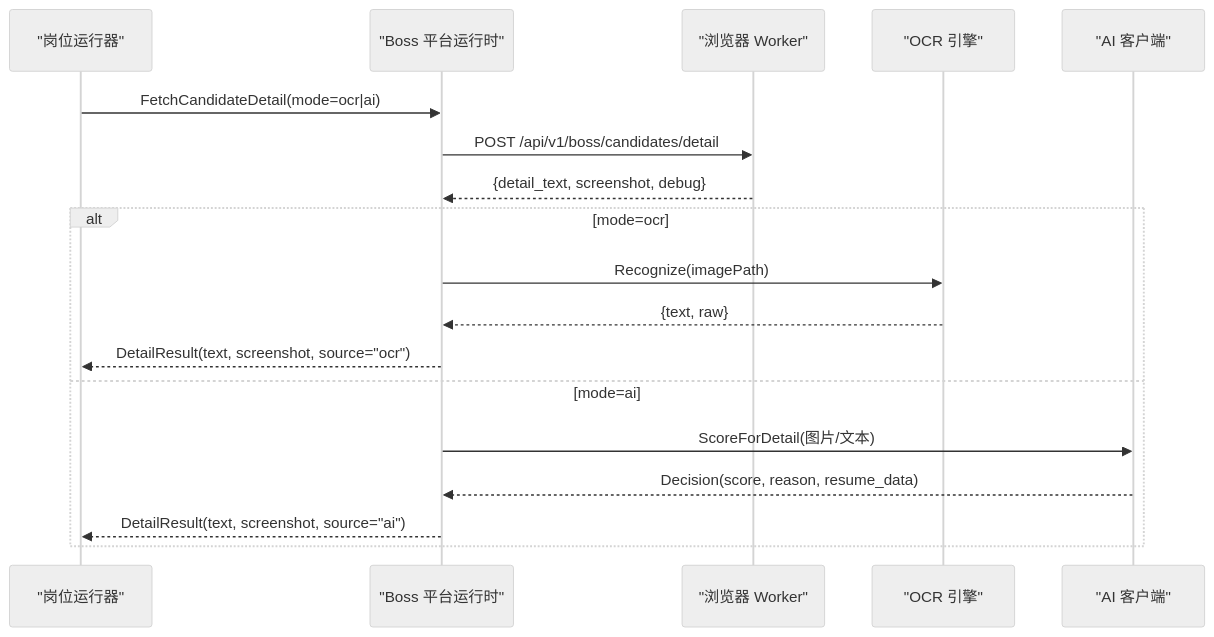
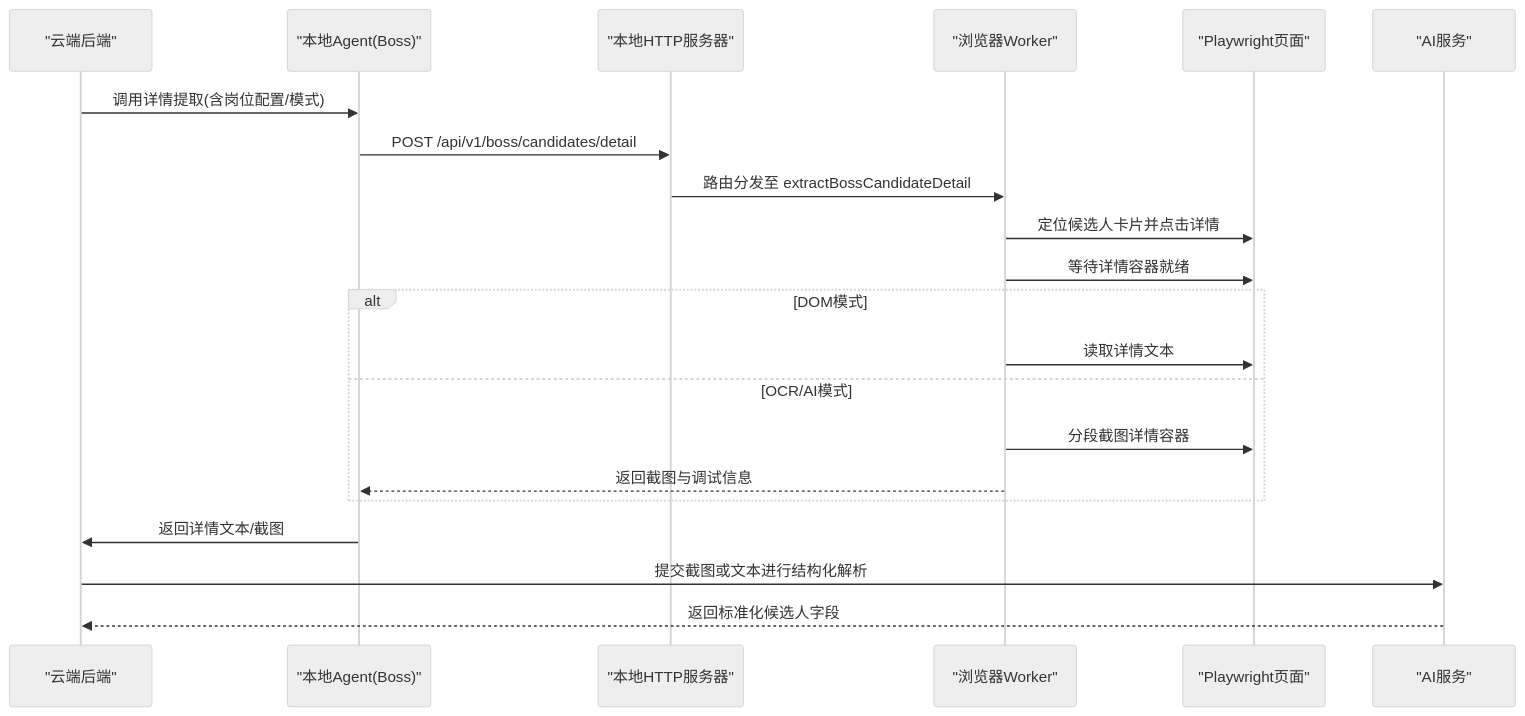
Before and after one commit to alvinwangzi/goodhr: the second of 8 diagrams in .qoder/repowiki/zh/content/本地执行器/平台适配器/Boss直聘适配器/简历详情解析.md, drawn with Mermaid (neutral theme). The commit also changed other lines of this file and 149 other files, not shown here.

````diff
--- a/.qoder/repowiki/zh/content/本地执行器/平台适配器/Boss直聘适配器/简历详情解析.md
+++ b/.qoder/repowiki/zh/content/本地执行器/平台适配器/Boss直聘适配器/简历详情解析.md
@@ -96,20 +111,23 @@
 ```mermaid
 sequenceDiagram
-participant Runner as "岗位运行器"
-participant Boss as "Boss 平台运行时"
-participant Worker as "浏览器 Worker"
-participant OCR as "OCR 引擎"
-participant AI as "AI 客户端"
-Runner->>Boss : FetchCandidateDetail(mode=ocr|ai)
-Boss->>Worker : POST /api/v1/boss/candidates/detail
-Worker-->>Boss : {detail_text, screenshot, debug}
-alt mode=ocr
-Boss->>OCR : Recognize(imagePath)
-OCR-->>Boss : {text, raw}
-Boss-->>Runner : DetailResult(text, screenshot, source="ocr")
-else mode=ai
-Boss->>AI : ScoreForDetail(图片/文本)
-AI-->>Boss : Decision(score, reason, resume_data)
-Boss-->>Runner : DetailResult(text, screenshot, source="ai")
+participant Cloud as "云端后端"
+participant Agent as "本地Agent(Boss)"
+participant Server as "本地HTTP服务器"
+participant Worker as "浏览器Worker"
+participant Browser as "Playwright页面"
+participant AI as "AI服务"
+Cloud->>Agent : 调用详情提取(含岗位配置/模式)
+Agent->>Server : POST /api/v1/boss/candidates/detail
+Server->>Worker : 路由分发至 extractBossCandidateDetail
+Worker->>Browser : 定位候选人卡片并点击详情
+Worker->>Browser : 等待详情容器就绪
+alt DOM模式
+Worker->>Browser : 读取详情文本
+else OCR/AI模式
+Worker->>Browser : 分段截图详情容器
+Worker-->>Agent : 返回截图与调试信息
 end
+Agent->>Cloud : 返回详情文本/截图
+Cloud->>AI : 提交截图或文本进行结构化解析
+AI-->>Cloud : 返回标准化候选人字段
 ```
````
